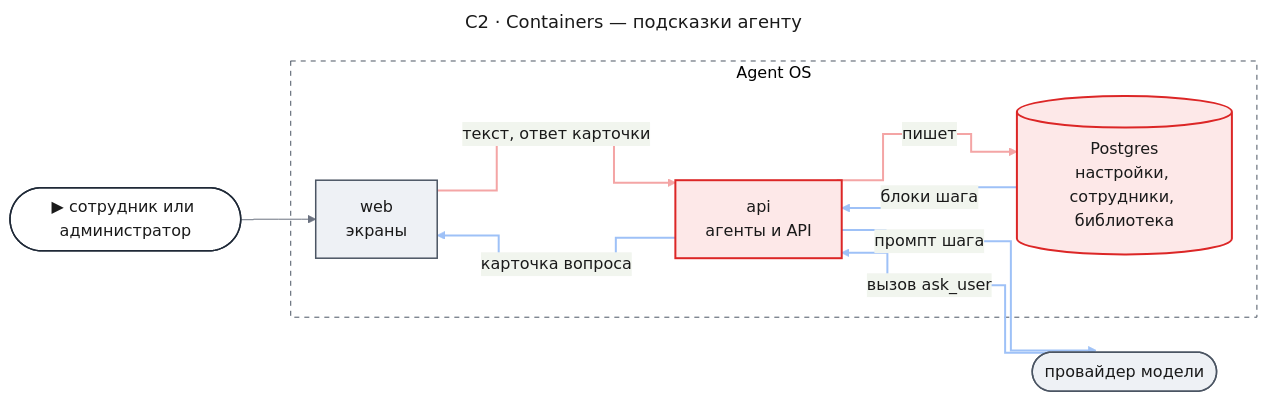
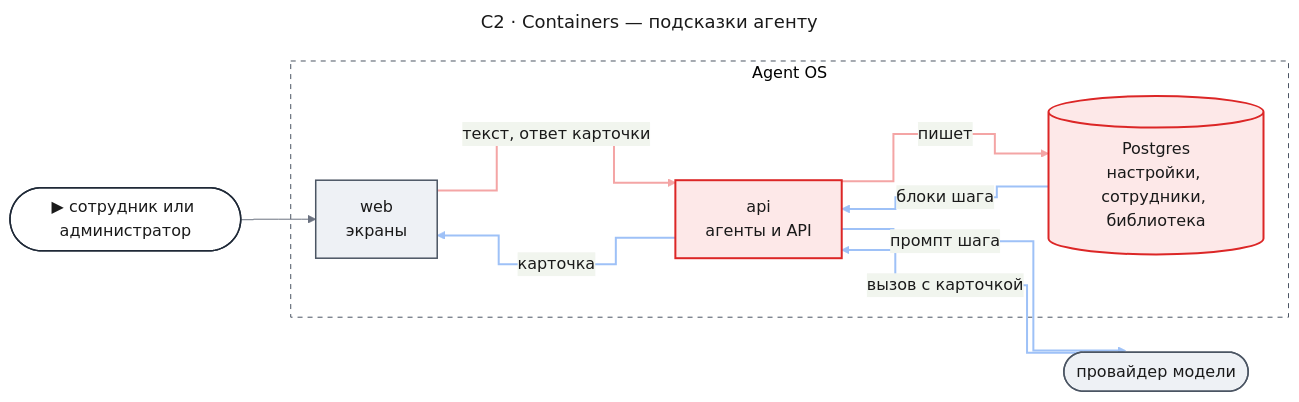
One commit to tundraray/agent-os changed the first of 7 diagrams in docs/features/agent-guidance/design-server.md. Above: the diagram before and after it, drawn with Mermaid. The commit also changed other lines of this file, not shown here.

````diff
--- a/docs/features/agent-guidance/design-server.md
+++ b/docs/features/agent-guidance/design-server.md
@@ -152,52 +166,52 @@
 ```mermaid
 ---
 title: "C2 · Containers — подсказки агенту"
 config:
   theme: base
   look: classic
   themeVariables:
     primaryColor: "#eef1f5"
     primaryBorderColor: "#4b5563"
     primaryTextColor: "#1a1a1a"
     lineColor: "#6b7280"
   flowchart:
     curve: step
   themeCSS: |
     @keyframes lit_c2{0%,15%{stroke:#991b1b;stroke-width:6px}16.7%,100%{stroke:#f4a5a5;stroke-width:2px}}
     @keyframes litr_c2{0%,15%{stroke:#1d4ed8;stroke-width:6px}16.7%,100%{stroke:#9ec1f7;stroke-width:2px}}
 ---
 flowchart LR
     entry(["▶ сотрудник или администратор"])
     subgraph aos["Agent OS"]
         web["web<br/>экраны"]
         api["api<br/>агенты и API"]
         db[("Postgres<br/>настройки, сотрудники, библиотека")]
     end
     llm(["провайдер модели"])
     entry --> web
     web e1@-->|"текст, ответ карточки"| api
     api e2@-->|"пишет"| db
     db e3@-->|"блоки шага"| api
     api e4@-->|"промпт шага"| llm
-    llm e5@-->|"вызов ask_user"| api
-    api e6@-->|"карточка вопроса"| web
+    llm e5@-->|"вызов с карточкой"| api
+    api e6@-->|"карточка"| web
     classDef entry fill:#ffffff,stroke:#1f2937,stroke-width:1.5px,color:#1a1a1a
     classDef changed fill:#fde8e8,stroke:#dc2626,stroke-width:2px,color:#1a1a1a
     classDef unchanged fill:#eef1f5,stroke:#4b5563,stroke-width:1.5px,color:#1a1a1a
     classDef w1 stroke:#f4a5a5,stroke-width:2px,animation:lit_c2 7.2s linear 0s infinite
     classDef w2 stroke:#f4a5a5,stroke-width:2px,animation:lit_c2 7.2s linear 1.2s infinite
     classDef r3 stroke:#9ec1f7,stroke-width:2px,animation:litr_c2 7.2s linear 2.4s infinite
     classDef r4 stroke:#9ec1f7,stroke-width:2px,animation:litr_c2 7.2s linear 3.6s infinite
     classDef r5 stroke:#9ec1f7,stroke-width:2px,animation:litr_c2 7.2s linear 4.8s infinite
     classDef r6 stroke:#9ec1f7,stroke-width:2px,animation:litr_c2 7.2s linear 6s infinite
     class entry entry
     class api,db changed
     class web,llm unchanged
     class e1 w1
     class e2 w2
     class e3 r3
     class e4 r4
     class e5 r5
     class e6 r6
     style aos fill:none,stroke:#4b5563,stroke-dasharray:5 5
 ```
````
